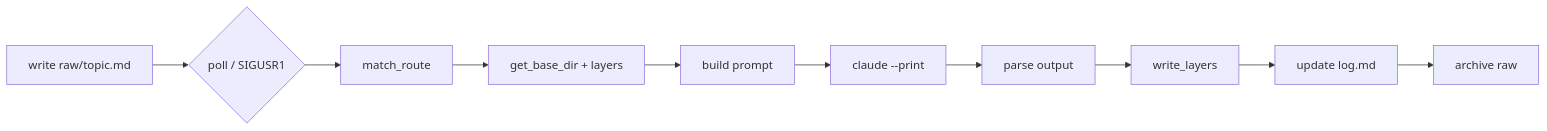
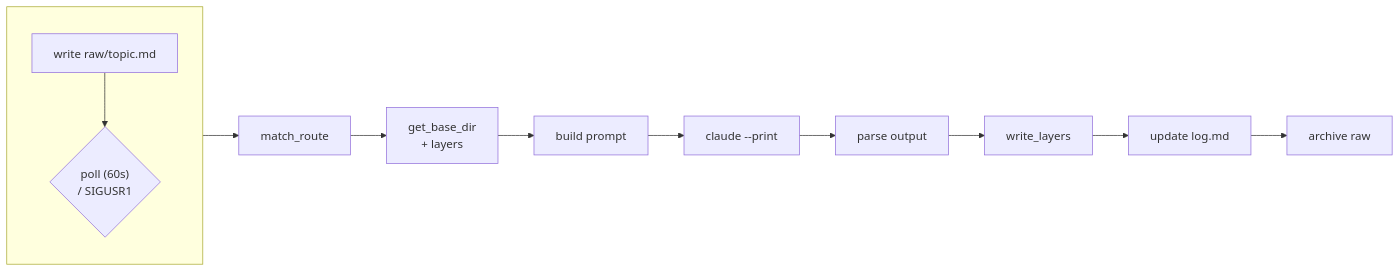
One commit to darkstarinitiative-oss/DSI-Wiki-public changed the diagram in README.md. Above: the diagram before and after it, drawn with Mermaid.

Commit message:
README: bend lifecycle diagram (A/B stacked, rest flows right) for more room per node

````diff
--- a/README.md
+++ b/README.md
@@ -41,12 +41,15 @@
 ```mermaid
 flowchart LR
-    A["write raw/topic.md"] --> B{"poll / SIGUSR1"}
+    subgraph " "
+        direction TB
+        A["write raw/topic.md"] --> B{"poll (60s)<br/>/ SIGUSR1"}
+    end
     B --> C["match_route"]
-    C --> D["get_base_dir + layers"]
+    C --> D["get_base_dir<br/>+ layers"]
     D --> E["build prompt"]
     E --> F["claude --print"]
     F --> G["parse output"]
     G --> H["write_layers"]
     H --> I["update log.md"]
     I --> J["archive raw"]
 ```
````
